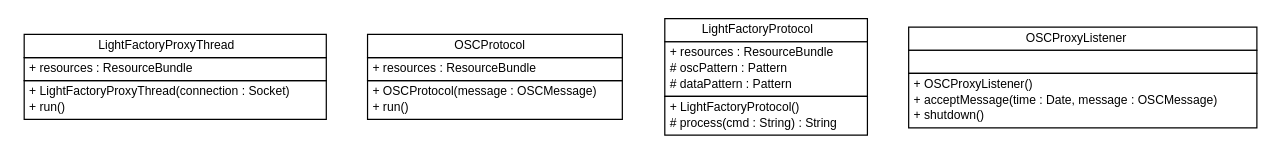
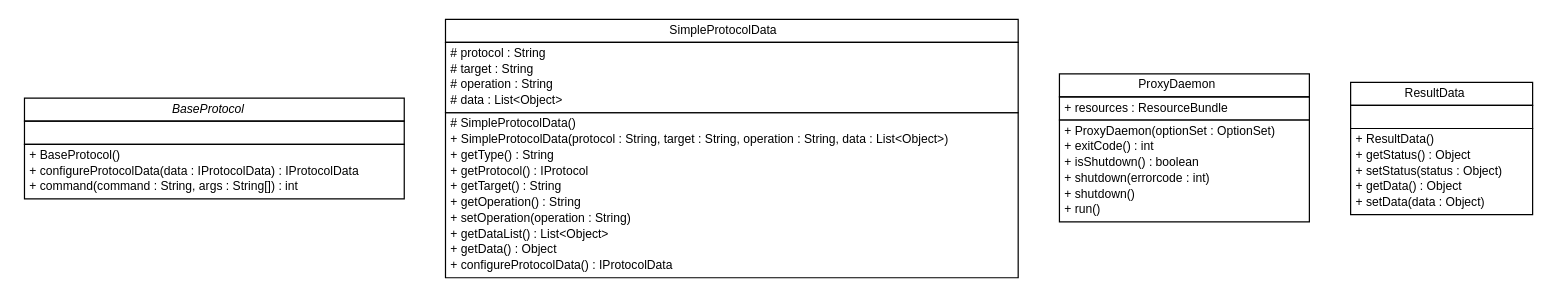
The diagram in apidocs/com/xley/lfosc/impl/com.xley.lfosc.impl.dot (pcross616/lf-osc-proxy), drawn with Graphviz before and after one commit. The commit also changed 542 other files, not shown here.

```diff
--- a/apidocs/com/xley/lfosc/impl/com.xley.lfosc.impl.dot
+++ b/apidocs/com/xley/lfosc/impl/com.xley.lfosc.impl.dot
@@ -1,67 +1,83 @@
 #!/usr/local/bin/dot
 #
 # Class diagram 
 # Generated by UMLGraph version R5_6 (http://www.umlgraph.org/)
 #
 
 digraph G {
 	edge [fontname="Helvetica",fontsize=10,labelfontname="Helvetica",labelfontsize=10];
 	node [fontname="Helvetica",fontsize=10,shape=plaintext];
 	nodesep=0.25;
 	ranksep=0.5;
-	// com.xley.lfosc.impl.LightFactoryProxyThread
-	c9 [label=<<table title="com.xley.lfosc.impl.LightFactoryProxyThread" border="0" cellborder="1" cellspacing="0" cellpadding="2" port="p" href="./LightFactoryProxyThread.html">
+	// com.xley.lfosc.impl.BaseProtocol
+	c172 [label=<<table title="com.xley.lfosc.impl.BaseProtocol" border="0" cellborder="1" cellspacing="0" cellpadding="2" port="p" href="./BaseProtocol.html">
 		<tr><td><table border="0" cellspacing="0" cellpadding="1">
-<tr><td align="center" balign="center"> LightFactoryProxyThread </td></tr>
+<tr><td align="center" balign="center"><font face="Helvetica-Oblique"> BaseProtocol </font></td></tr>
+		</table></td></tr>
+		<tr><td><table border="0" cellspacing="0" cellpadding="1">
+<tr><td align="left" balign="left">  </td></tr>
+		</table></td></tr>
+		<tr><td><table border="0" cellspacing="0" cellpadding="1">
+<tr><td align="left" balign="left"> + BaseProtocol() </td></tr>
+<tr><td align="left" balign="left"> + configureProtocolData(data : IProtocolData) : IProtocolData </td></tr>
+<tr><td align="left" balign="left"> + command(command : String, args : String[]) : int </td></tr>
+		</table></td></tr>
+		</table>>, URL="./BaseProtocol.html", fontname="Helvetica", fontcolor="black", fontsize=10.0];
+	// com.xley.lfosc.impl.SimpleProtocolData
+	c173 [label=<<table title="com.xley.lfosc.impl.SimpleProtocolData" border="0" cellborder="1" cellspacing="0" cellpadding="2" port="p" href="./SimpleProtocolData.html">
+		<tr><td><table border="0" cellspacing="0" cellpadding="1">
+<tr><td align="center" balign="center"> SimpleProtocolData </td></tr>
+		</table></td></tr>
+		<tr><td><table border="0" cellspacing="0" cellpadding="1">
+<tr><td align="left" balign="left"> # protocol : String </td></tr>
+<tr><td align="left" balign="left"> # target : String </td></tr>
+<tr><td align="left" balign="left"> # operation : String </td></tr>
+<tr><td align="left" balign="left"> # data : List&lt;Object&gt; </td></tr>
+		</table></td></tr>
+		<tr><td><table border="0" cellspacing="0" cellpadding="1">
+<tr><td align="left" balign="left"> # SimpleProtocolData() </td></tr>
+<tr><td align="left" balign="left"> + SimpleProtocolData(protocol : String, target : String, operation : String, data : List&lt;Object&gt;) </td></tr>
+<tr><td align="left" balign="left"> + getType() : String </td></tr>
+<tr><td align="left" balign="left"> + getProtocol() : IProtocol </td></tr>
+<tr><td align="left" balign="left"> + getTarget() : String </td></tr>
+<tr><td align="left" balign="left"> + getOperation() : String </td></tr>
+<tr><td align="left" balign="left"> + setOperation(operation : String) </td></tr>
+<tr><td align="left" balign="left"> + getDataList() : List&lt;Object&gt; </td></tr>
+<tr><td align="left" balign="left"> + getData() : Object </td></tr>
+<tr><td align="left" balign="left"> + configureProtocolData() : IProtocolData </td></tr>
+		</table></td></tr>
+		</table>>, URL="./SimpleProtocolData.html", fontname="Helvetica", fontcolor="black", fontsize=10.0];
+	// com.xley.lfosc.impl.ProxyDaemon
+	c174 [label=<<table title="com.xley.lfosc.impl.ProxyDaemon" border="0" cellborder="1" cellspacing="0" cellpadding="2" port="p" href="./ProxyDaemon.html">
+		<tr><td><table border="0" cellspacing="0" cellpadding="1">
+<tr><td align="center" balign="center"> ProxyDaemon </td></tr>
 		</table></td></tr>
 		<tr><td><table border="0" cellspacing="0" cellpadding="1">
 <tr><td align="left" balign="left"> + resources : ResourceBundle </td></tr>
 		</table></td></tr>
 		<tr><td><table border="0" cellspacing="0" cellpadding="1">
-<tr><td align="left" balign="left"> + LightFactoryProxyThread(connection : Socket) </td></tr>
+<tr><td align="left" balign="left"> + ProxyDaemon(optionSet : OptionSet) </td></tr>
+<tr><td align="left" balign="left"> + exitCode() : int </td></tr>
+<tr><td align="left" balign="left"> + isShutdown() : boolean </td></tr>
+<tr><td align="left" balign="left"> + shutdown(errorcode : int) </td></tr>
+<tr><td align="left" balign="left"> + shutdown() </td></tr>
 <tr><td align="left" balign="left"> + run() </td></tr>
 		</table></td></tr>
-		</table>>, URL="./LightFactoryProxyThread.html", fontname="Helvetica", fontcolor="black", fontsize=10.0];
-	// com.xley.lfosc.impl.OSCProtocol
-	c10 [label=<<table title="com.xley.lfosc.impl.OSCProtocol" border="0" cellborder="1" cellspacing="0" cellpadding="2" port="p" href="./OSCProtocol.html">
+		</table>>, URL="./ProxyDaemon.html", fontname="Helvetica", fontcolor="black", fontsize=10.0];
+	// com.xley.lfosc.impl.ResultData
+	c175 [label=<<table title="com.xley.lfosc.impl.ResultData" border="0" cellborder="1" cellspacing="0" cellpadding="2" port="p" href="./ResultData.html">
 		<tr><td><table border="0" cellspacing="0" cellpadding="1">
-<tr><td align="center" balign="center"> OSCProtocol </td></tr>
-		</table></td></tr>
-		<tr><td><table border="0" cellspacing="0" cellpadding="1">
-<tr><td align="left" balign="left"> + resources : ResourceBundle </td></tr>
-		</table></td></tr>
-		<tr><td><table border="0" cellspacing="0" cellpadding="1">
-<tr><td align="left" balign="left"> + OSCProtocol(message : OSCMessage) </td></tr>
-<tr><td align="left" balign="left"> + run() </td></tr>
-		</table></td></tr>
-		</table>>, URL="./OSCProtocol.html", fontname="Helvetica", fontcolor="black", fontsize=10.0];
-	// com.xley.lfosc.impl.LightFactoryProtocol
-	c11 [label=<<table title="com.xley.lfosc.impl.LightFactoryProtocol" border="0" cellborder="1" cellspacing="0" cellpadding="2" port="p" href="./LightFactoryProtocol.html">
-		<tr><td><table border="0" cellspacing="0" cellpadding="1">
-<tr><td align="center" balign="center"> LightFactoryProtocol </td></tr>
-		</table></td></tr>
-		<tr><td><table border="0" cellspacing="0" cellpadding="1">
-<tr><td align="left" balign="left"> + resources : ResourceBundle </td></tr>
-<tr><td align="left" balign="left"> # oscPattern : Pattern </td></tr>
-<tr><td align="left" balign="left"> # dataPattern : Pattern </td></tr>
-		</table></td></tr>
-		<tr><td><table border="0" cellspacing="0" cellpadding="1">
-<tr><td align="left" balign="left"> + LightFactoryProtocol() </td></tr>
-<tr><td align="left" balign="left"> # process(cmd : String) : String </td></tr>
-		</table></td></tr>
-		</table>>, URL="./LightFactoryProtocol.html", fontname="Helvetica", fontcolor="black", fontsize=10.0];
-	// com.xley.lfosc.impl.OSCProxyListener
-	c12 [label=<<table title="com.xley.lfosc.impl.OSCProxyListener" border="0" cellborder="1" cellspacing="0" cellpadding="2" port="p" href="./OSCProxyListener.html">
-		<tr><td><table border="0" cellspacing="0" cellpadding="1">
-<tr><td align="center" balign="center"> OSCProxyListener </td></tr>
+<tr><td align="center" balign="center"> ResultData </td></tr>
 		</table></td></tr>
 		<tr><td><table border="0" cellspacing="0" cellpadding="1">
 <tr><td align="left" balign="left">  </td></tr>
 		</table></td></tr>
 		<tr><td><table border="0" cellspacing="0" cellpadding="1">
-<tr><td align="left" balign="left"> + OSCProxyListener() </td></tr>
-<tr><td align="left" balign="left"> + acceptMessage(time : Date, message : OSCMessage) </td></tr>
-<tr><td align="left" balign="left"> + shutdown() </td></tr>
+<tr><td align="left" balign="left"> + ResultData() </td></tr>
+<tr><td align="left" balign="left"> + getStatus() : Object </td></tr>
+<tr><td align="left" balign="left"> + setStatus(status : Object) </td></tr>
+<tr><td align="left" balign="left"> + getData() : Object </td></tr>
+<tr><td align="left" balign="left"> + setData(data : Object) </td></tr>
 		</table></td></tr>
-		</table>>, URL="./OSCProxyListener.html", fontname="Helvetica", fontcolor="black", fontsize=10.0];
+		</table>>, URL="./ResultData.html", fontname="Helvetica", fontcolor="black", fontsize=10.0];
 }
```
